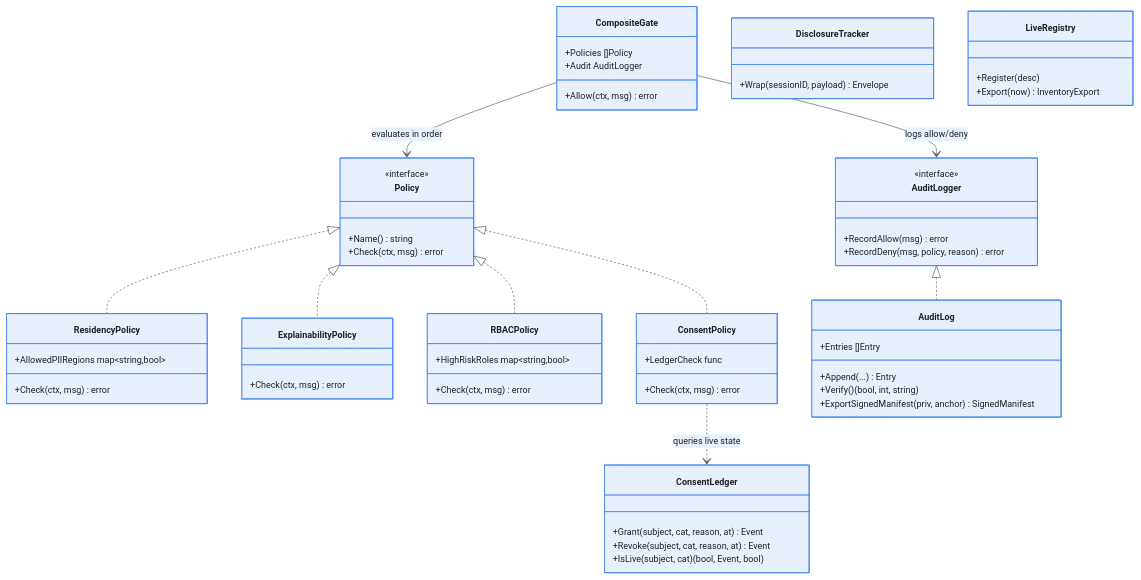
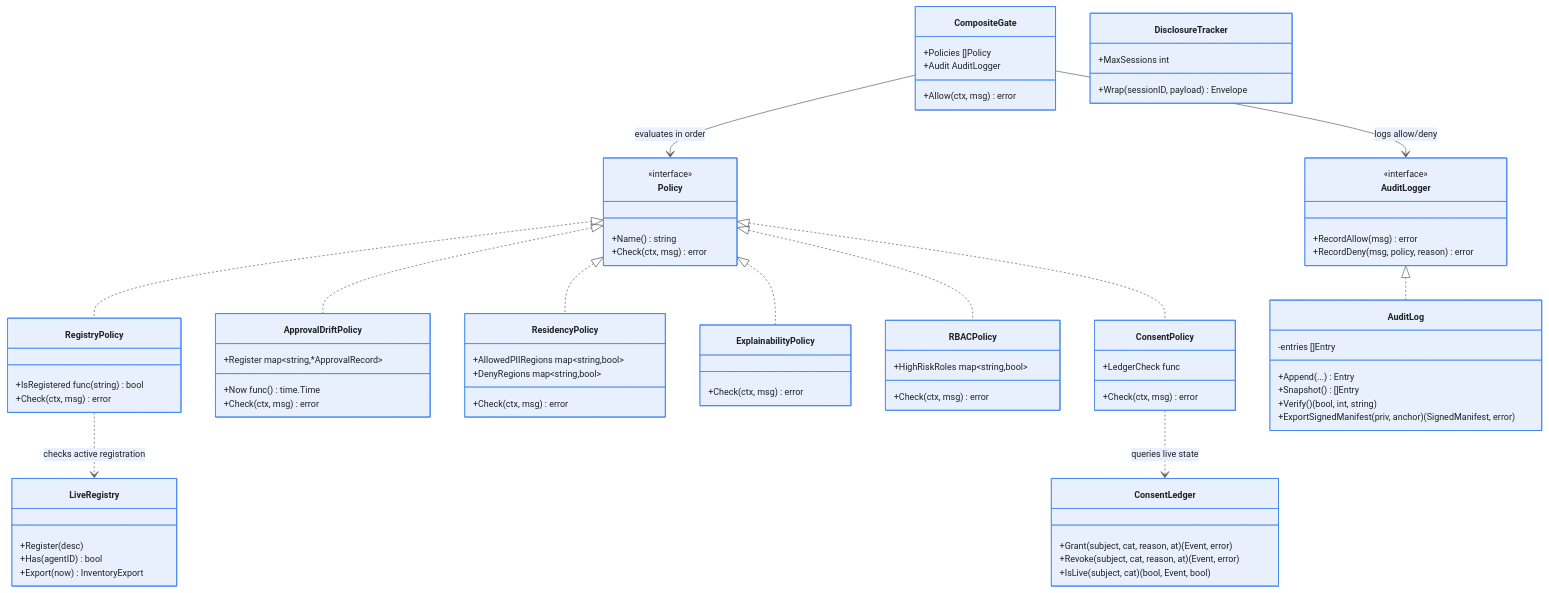
The seventh of 12 diagrams in docs/DIAGRAMS.md (PratikDhanave/Build-For-RBI-Inherit-The-EU-AI-Act), drawn with Mermaid before and after one commit. The commit also changed other lines of this file and 17 other files, not shown here.

````diff
--- a/docs/DIAGRAMS.md
+++ b/docs/DIAGRAMS.md
@@ -299,61 +299,77 @@
 ```mermaid
 %%{init: {"theme": "base", "themeVariables": {"fontFamily": "Google Sans, Roboto, Helvetica Neue, Arial, sans-serif", "fontSize": "13px", "primaryColor": "#E8F0FE", "primaryTextColor": "#202124", "primaryBorderColor": "#4285F4", "lineColor": "#5F6368"}}}%%
 classDiagram
     class CompositeGate {
         +Policies []Policy
         +Audit AuditLogger
         +Allow(ctx, msg) error
     }
     class Policy {
         <<interface>>
         +Name() string
         +Check(ctx, msg) error
     }
     class AuditLogger {
         <<interface>>
         +RecordAllow(msg) error
         +RecordDeny(msg, policy, reason) error
     }
+    class RegistryPolicy {
+        +IsRegistered func(string) bool
+        +Check(ctx, msg) error
+    }
+    class ApprovalDriftPolicy {
+        +Register map~string,*ApprovalRecord~
+        +Now func() time.Time
+        +Check(ctx, msg) error
+    }
     class ResidencyPolicy {
         +AllowedPIIRegions map~string,bool~
+        +DenyRegions map~string,bool~
         +Check(ctx, msg) error
     }
     class ExplainabilityPolicy {
         +Check(ctx, msg) error
     }
     class RBACPolicy {
         +HighRiskRoles map~string,bool~
         +Check(ctx, msg) error
     }
     class ConsentPolicy {
         +LedgerCheck func
         +Check(ctx, msg) error
     }
     class AuditLog {
-        +Entries []Entry
+        -entries []Entry
         +Append(...) Entry
+        +Snapshot() []Entry
         +Verify() (bool, int, string)
-        +ExportSignedManifest(priv, anchor) SignedManifest
+        +ExportSignedManifest(priv, anchor) (SignedManifest, error)
     }
     class ConsentLedger {
-        +Grant(subject, cat, reason, at) Event
-        +Revoke(subject, cat, reason, at) Event
+        +Grant(subject, cat, reason, at) (Event, error)
+        +Revoke(subject, cat, reason, at) (Event, error)
         +IsLive(subject, cat) (bool, Event, bool)
     }
     class DisclosureTracker {
+        +MaxSessions int
         +Wrap(sessionID, payload) Envelope
     }
     class LiveRegistry {
         +Register(desc)
+        +Has(agentID) bool
         +Export(now) InventoryExport
     }
 
     CompositeGate --> Policy : evaluates in order
     CompositeGate --> AuditLogger : logs allow/deny
+    Policy <|.. RegistryPolicy
+    Policy <|.. ApprovalDriftPolicy
     Policy <|.. ResidencyPolicy
     Policy <|.. ExplainabilityPolicy
     Policy <|.. RBACPolicy
     Policy <|.. ConsentPolicy
     AuditLogger <|.. AuditLog
+    RegistryPolicy ..> LiveRegistry : checks active registration
     ConsentPolicy ..> ConsentLedger : queries live state
 ```
````
